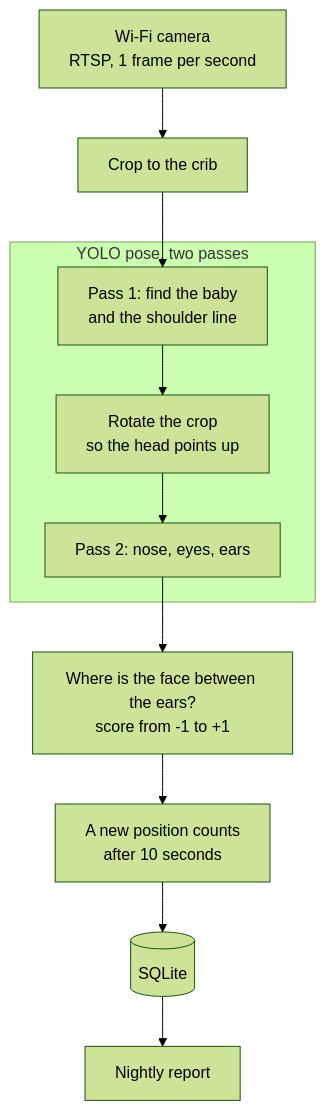
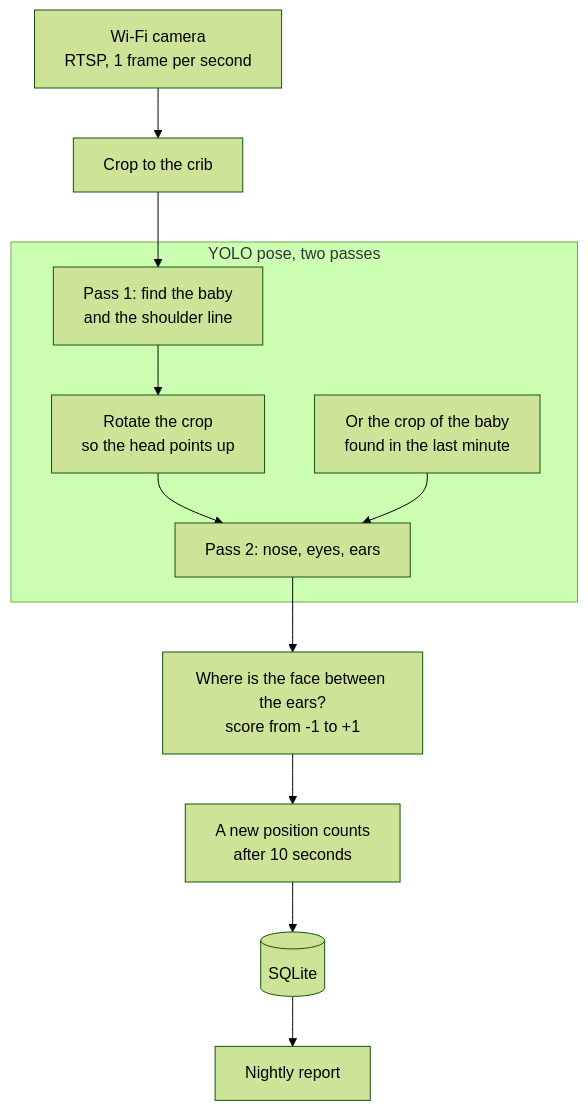
One commit to OpsDevil/noggin-compass changed the diagram in README.md. Above: the diagram before and after it, drawn with Mermaid (forest theme). The commit also changed other lines of this file and 7 other files, not shown here.

````diff
--- a/README.md
+++ b/README.md
@@ -46,13 +46,14 @@
 ```mermaid
 flowchart TD
     cam["Wi-Fi camera<br/>RTSP, 1 frame per second"] --> crop["Crop to the crib"]
     subgraph nn ["YOLO pose, two passes"]
         pass1["Pass 1: find the baby<br/>and the shoulder line"] --> rotate["Rotate the crop<br/>so the head points up"]
         rotate --> pass2["Pass 2: nose, eyes, ears"]
+        memory["Or the crop of the baby<br/>found in the last minute"] --> pass2
     end
     crop --> pass1
     pass2 --> geometry["Where is the face between the ears?<br/>score from -1 to +1"]
     geometry --> smooth["A new position counts<br/>after 10 seconds"]
     smooth --> db[("SQLite")]
     db --> report["Nightly report"]
 ```
````
